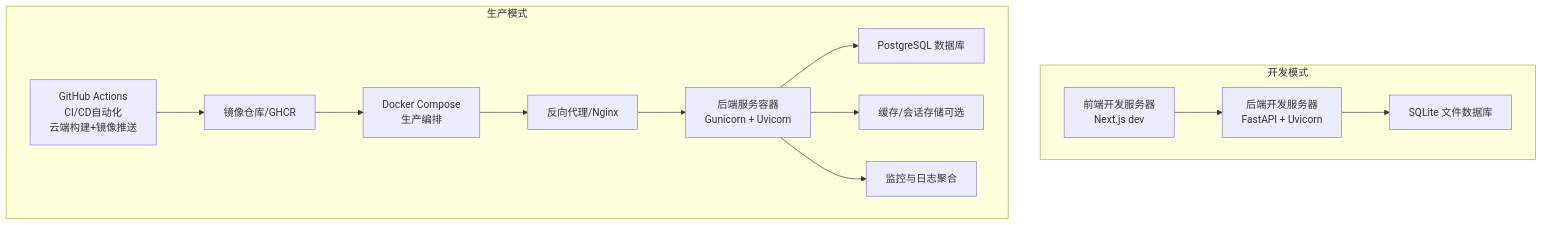
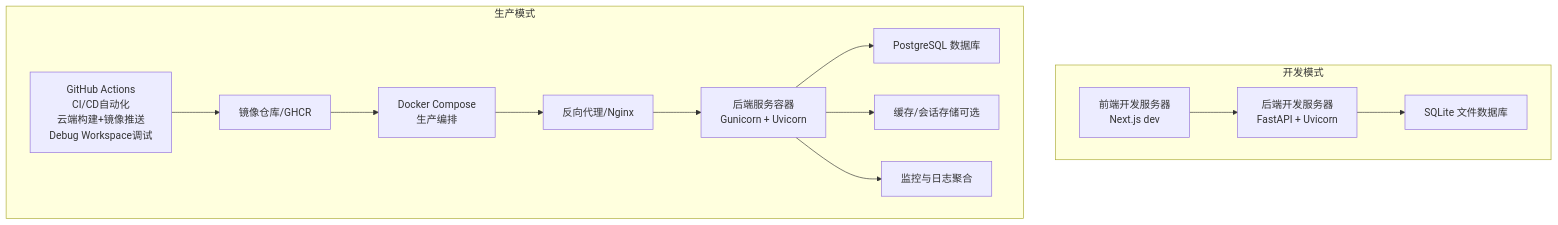
Before and after one commit to breeze-lyf/ai-stock-advisor: the second of 3 diagrams in .qoder/repowiki/zh/content/部署与运维/部署与运维.md, drawn with Mermaid. The commit also changed other lines of this file and 6 other files, not shown here.

````diff
--- a/.qoder/repowiki/zh/content/部署与运维/部署与运维.md
+++ b/.qoder/repowiki/zh/content/部署与运维/部署与运维.md
@@ -172,27 +190,27 @@
 ```mermaid
 graph TB
 subgraph "开发模式"
 FEDEV["前端开发服务器<br/>Next.js dev"]
 BEDEV["后端开发服务器<br/>FastAPI + Uvicorn"]
 DBDEV["SQLite 文件数据库"]
 FEDEV --> BEDEV
 BEDEV --> DBDEV
 end
 subgraph "生产模式"
 NGINX["反向代理/Nginx"]
 GHCR["镜像仓库/GHCR"]
 DCP["Docker Compose<br/>生产编排"]
 BEPROD["后端服务容器<br/>Gunicorn + Uvicorn"]
 DBPROD["PostgreSQL 数据库"]
 REDIS["缓存/会话存储可选"]
 MON["监控与日志聚合"]
-GHA["GitHub Actions<br/>CI/CD自动化<br/>云端构建+镜像推送"]
+GHA["GitHub Actions<br/>CI/CD自动化<br/>云端构建+镜像推送<br/>Debug Workspace调试"]
 GHA --> GHCR
 GHCR --> DCP
 DCP --> NGINX
 NGINX --> BEPROD
 BEPROD --> DBPROD
 BEPROD --> REDIS
 BEPROD --> MON
 end
 ```
````
